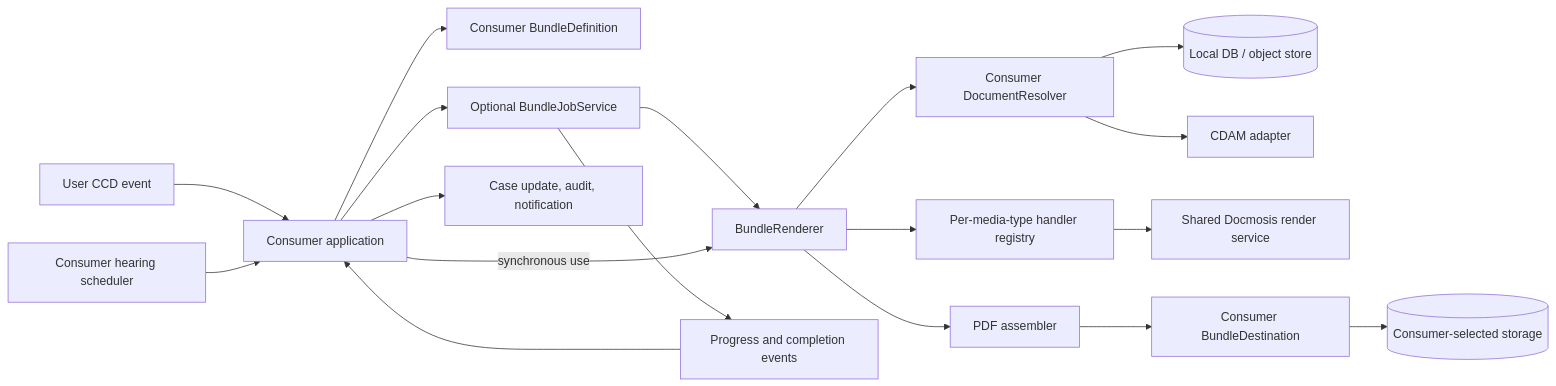
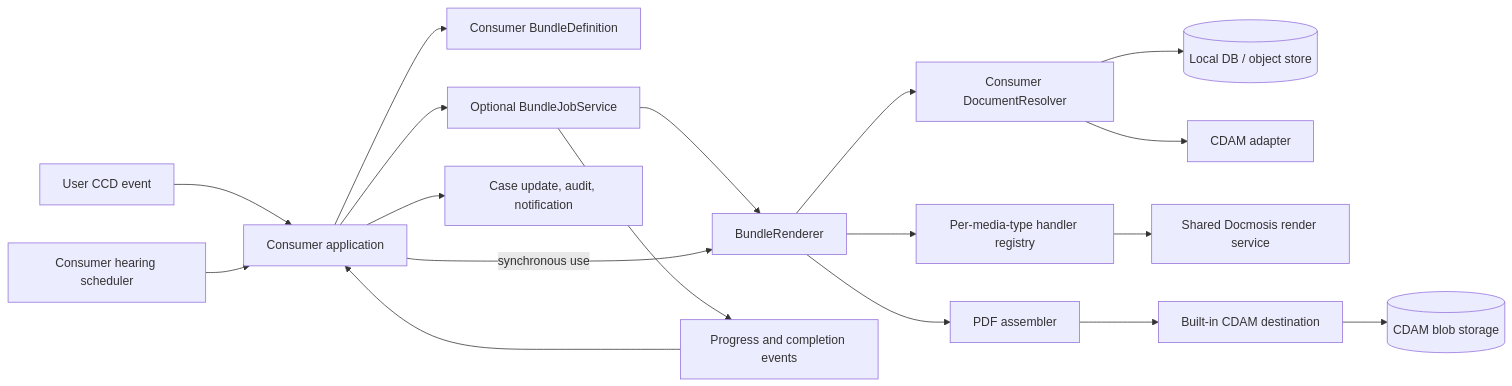
Before and after one commit to hmcts/dtsse-ccd-config-generator: the diagram in docs/bundling-stitching/document-bundling-module-design.md, drawn with Mermaid. The commit also changed other lines of this file and 1 other file, not shown here.

Commit message:
Add Consumer usage

````diff
--- a/docs/bundling-stitching/document-bundling-module-design.md
+++ b/docs/bundling-stitching/document-bundling-module-design.md
@@ -162,20 +166,20 @@
 ```mermaid
 flowchart LR
   UI[User CCD event] --> APP[Consumer application]
   CRON[Consumer hearing scheduler] --> APP
   APP --> DEF[Consumer BundleDefinition]
   APP --> JOB[Optional BundleJobService]
   JOB --> RENDER[BundleRenderer]
   APP -->|synchronous use| RENDER
   RENDER --> RESOLVE[Consumer DocumentResolver]
   RESOLVE --> LOCAL[(Local DB / object store)]
   RESOLVE --> CDAM[CDAM adapter]
   RENDER --> CONVERT[Per-media-type handler registry]
   CONVERT --> DOCMOSIS[Shared Docmosis render service]
   RENDER --> PDF[PDF assembler]
-  PDF --> DEST[Consumer BundleDestination]
-  DEST --> STORE[(Consumer-selected storage)]
+  PDF --> DEST[Built-in CDAM destination]
+  DEST --> STORE[(CDAM blob storage)]
   JOB --> EVENTS[Progress and completion events]
   EVENTS --> APP
   APP --> CASE[Case update, audit, notification]
 ```
````
